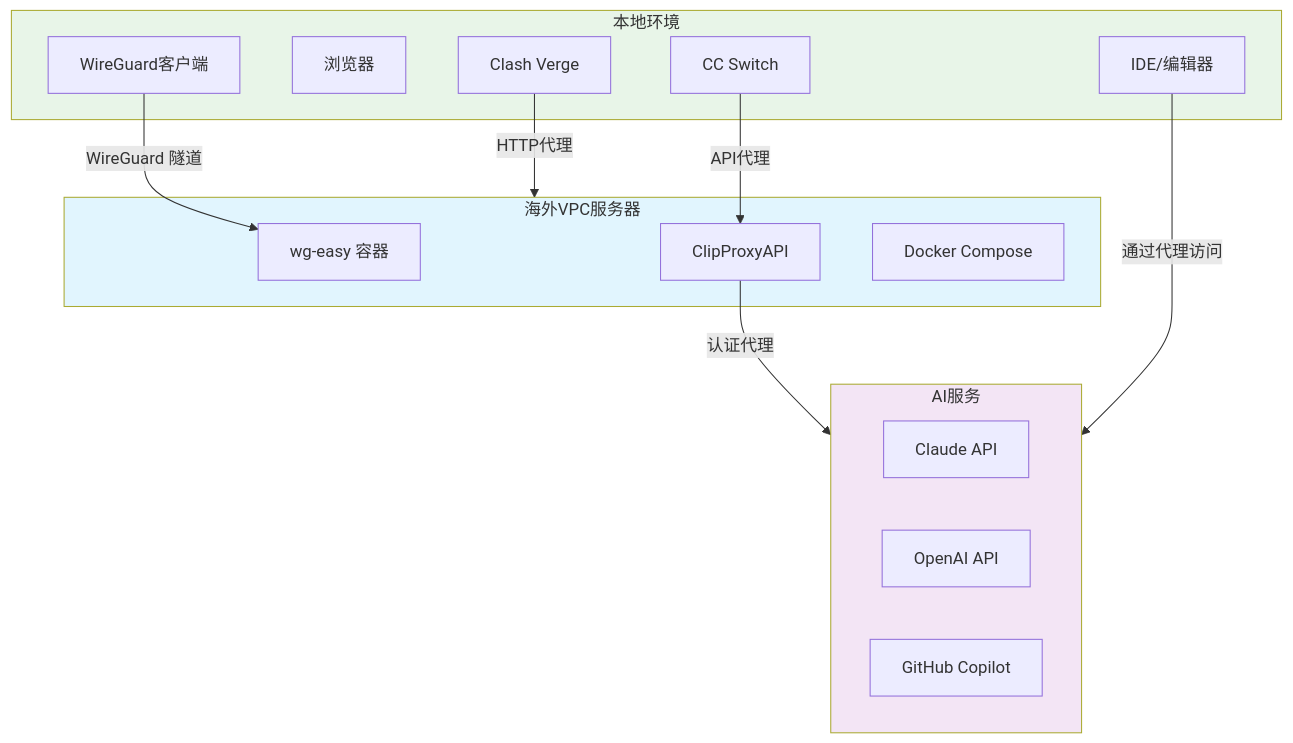
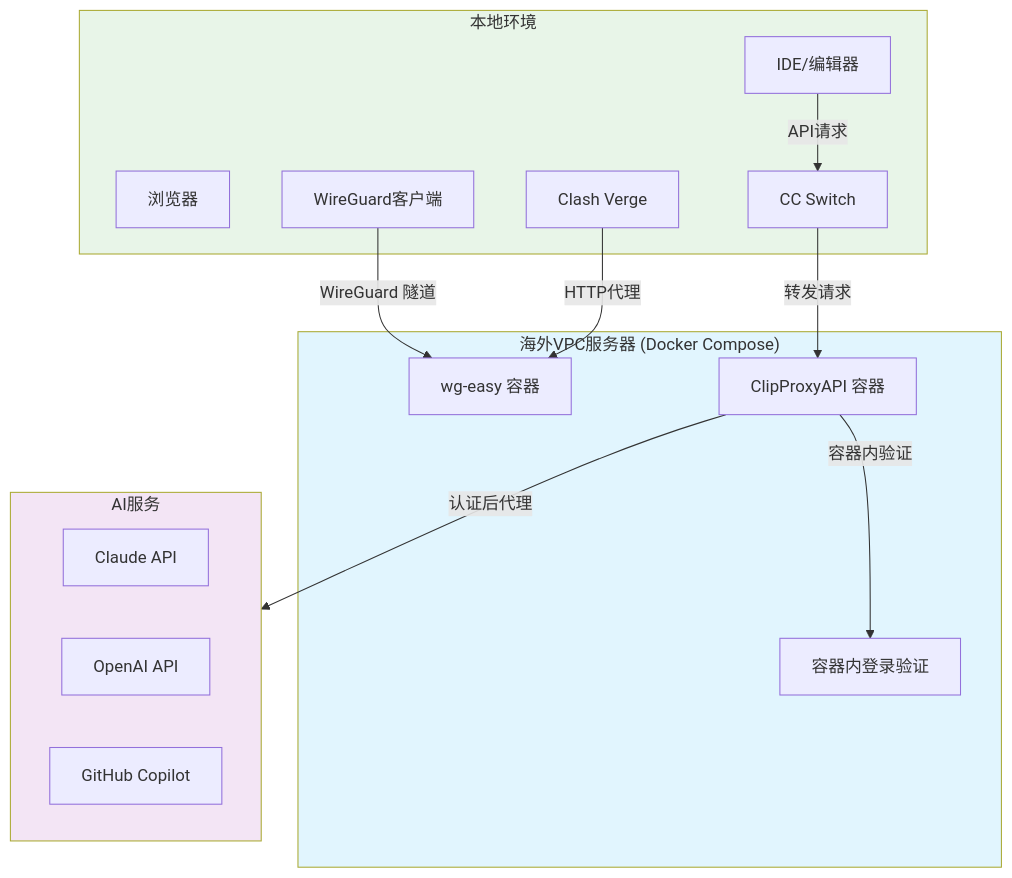
The diagram in docs/_posts/overseas-dev-environment.md (zhaofutao04/zblog), drawn with Mermaid before and after one commit. The commit also changed other lines of this file, not shown here.

````diff
--- a/docs/_posts/overseas-dev-environment.md
+++ b/docs/_posts/overseas-dev-environment.md
@@ -22,32 +22,33 @@
 ```mermaid
 flowchart TB
     subgraph Local["本地环境"]
         IDE[IDE/编辑器]
         Browser[浏览器]
         WGClient[WireGuard客户端]
         Clash[Clash Verge]
         CCSwitch[CC Switch]
     end
 
-    subgraph VPC["海外VPC服务器"]
+    subgraph VPC["海外VPC服务器 (Docker Compose)"]
         WGEasy[wg-easy 容器]
-        ClipProxy[ClipProxyAPI]
-        Docker[Docker Compose]
+        ClipProxy[ClipProxyAPI 容器]
+        LoginCmd[容器内登录验证]
     end
 
     subgraph Services["AI服务"]
         Claude[Claude API]
         OpenAI[OpenAI API]
         GitHub[GitHub Copilot]
     end
 
     WGClient -->|WireGuard 隧道| WGEasy
-    Clash -->|HTTP代理| VPC
-    CCSwitch -->|API代理| ClipProxy
-    ClipProxy -->|认证代理| Services
-    IDE -->|通过代理访问| Services
+    Clash -->|HTTP代理| WGEasy
+    IDE -->|API请求| CCSwitch
+    CCSwitch -->|转发请求| ClipProxy
+    ClipProxy -->|容器内验证| LoginCmd
+    ClipProxy -->|认证后代理| Services
 
     style VPC fill:#e1f5fe
     style Services fill:#f3e5f5
     style Local fill:#e8f5e8
 ```
````
